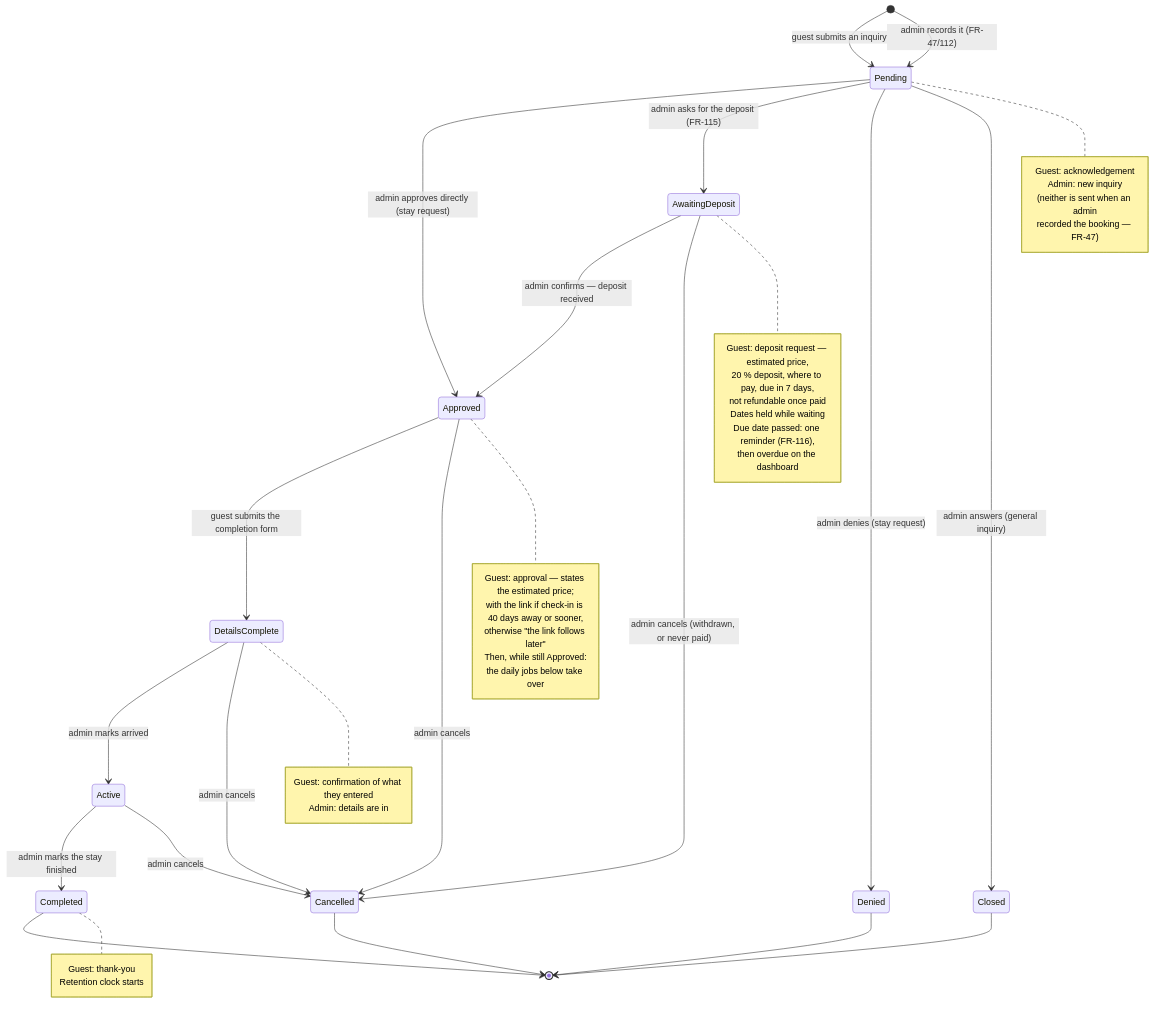
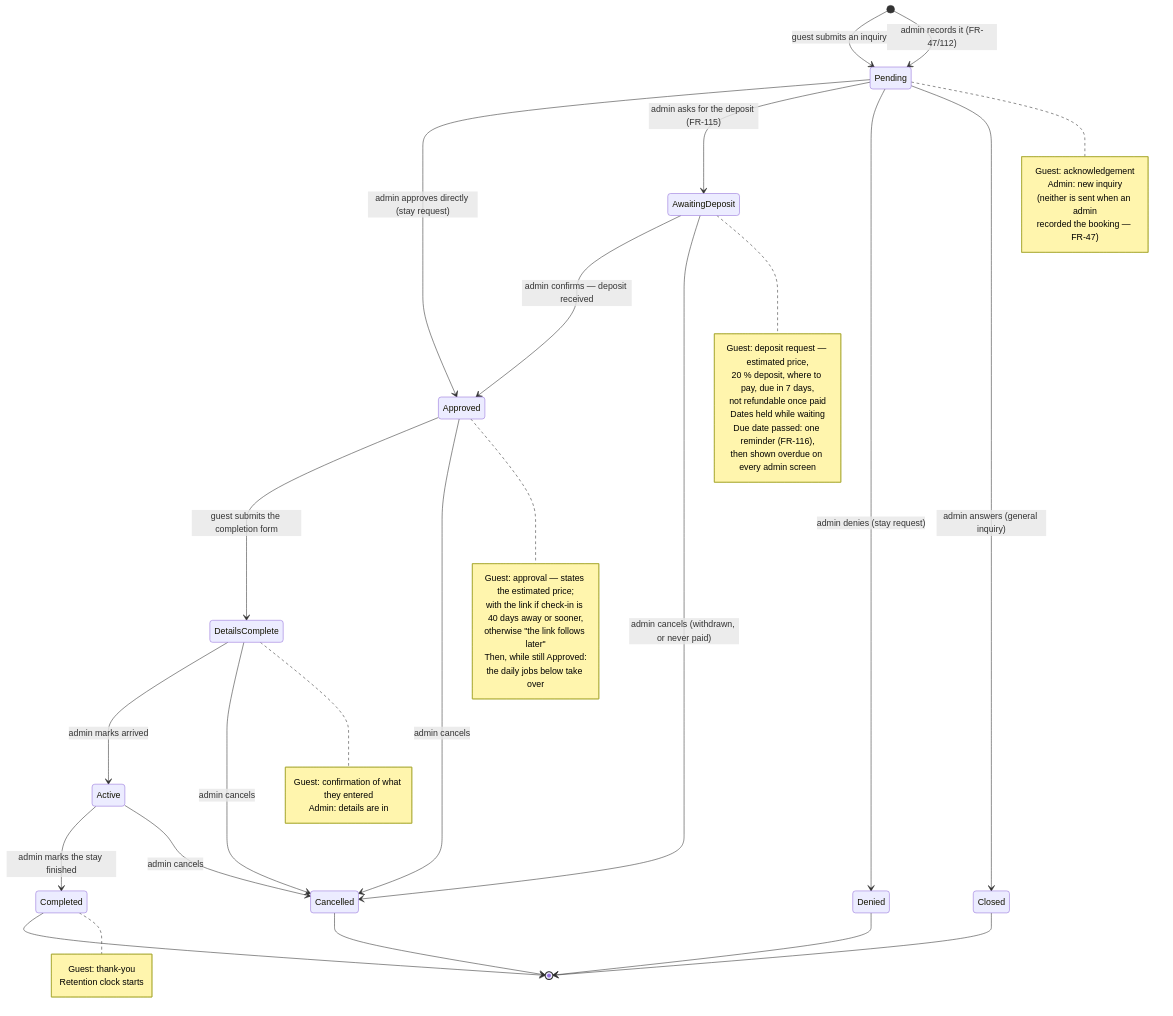
Before and after one commit to eliya-amanoeel/akerogarden: the first of 4 diagrams in docs/product/booking-lifecycle-timeline.md, drawn with Mermaid. The commit also changed 14 other files, not shown here.

````diff
--- a/docs/product/booking-lifecycle-timeline.md
+++ b/docs/product/booking-lifecycle-timeline.md
@@ -13,63 +13,63 @@
 ```mermaid
 stateDiagram-v2
     direction TB
 
     [*] --> Pending: guest submits an inquiry
     [*] --> Pending: admin records it (FR-47/112)
 
     Pending --> Approved: admin approves directly (stay request)
     Pending --> AwaitingDeposit: admin asks for the deposit (FR-115)
     Pending --> Denied: admin denies (stay request)
     Pending --> Closed: admin answers (general inquiry)
 
     AwaitingDeposit --> Approved: admin confirms — deposit received
     AwaitingDeposit --> Cancelled: admin cancels (withdrawn, or never paid)
 
     Approved --> DetailsComplete: guest submits the completion form
     Approved --> Cancelled: admin cancels
 
     DetailsComplete --> Active: admin marks arrived
     DetailsComplete --> Cancelled: admin cancels
 
     Active --> Completed: admin marks the stay finished
     Active --> Cancelled: admin cancels
 
     Denied --> [*]
     Closed --> [*]
     Cancelled --> [*]
     Completed --> [*]
 
     note right of Pending
         Guest: acknowledgement
         Admin: new inquiry
         (neither is sent when an admin
         recorded the booking — FR-47)
     end note
 
     note right of AwaitingDeposit
         Guest: deposit request — estimated price,
         20 % deposit, where to pay, due in 7 days,
         not refundable once paid
         Dates held while waiting
         Due date passed: one reminder (FR-116),
-        then overdue on the dashboard
+        then shown overdue on every admin screen
     end note
 
     note right of Approved
         Guest: approval — states the estimated price;
         with the link if check-in is 40 days away or sooner,
         otherwise "the link follows later"
         Then, while still Approved:
         the daily jobs below take over
     end note
 
     note right of DetailsComplete
         Guest: confirmation of what they entered
         Admin: details are in
     end note
 
     note right of Completed
         Guest: thank-you
         Retention clock starts
     end note
 ```
````
